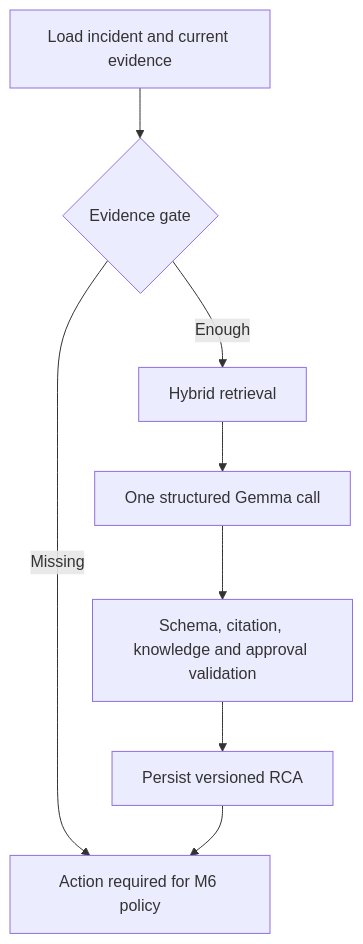
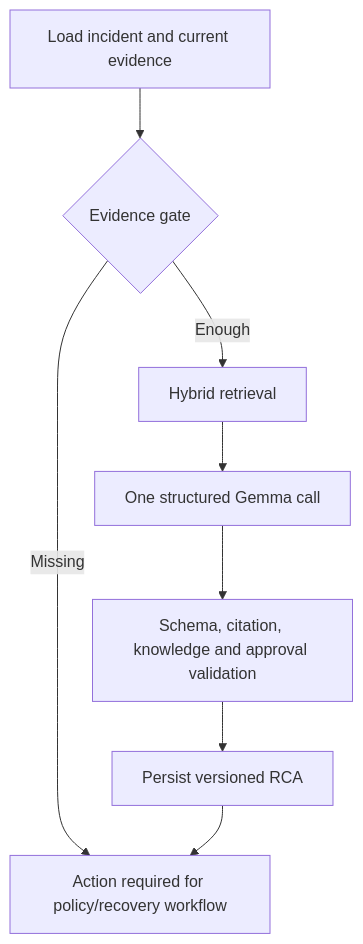
Before and after one commit to AndyAnh174/dataops-control-plane: the diagram in docs/06-ai-agent-rag-policy.md, drawn with Mermaid. The commit also changed other lines of this file and 10 other files, not shown here.

Commit message:
docs: define self-hosted web platform flow

````diff
--- a/docs/06-ai-agent-rag-policy.md
+++ b/docs/06-ai-agent-rag-policy.md
@@ -21,10 +21,10 @@
 ```mermaid
 flowchart TD
     START[Load incident and current evidence] --> CHECK{Evidence gate}
     CHECK -- Missing --> HUMAN[Action required; no LLM call]
     CHECK -- Enough --> RETRIEVE[Hybrid retrieval]
     RETRIEVE --> RCA[One structured Gemma call]
     RCA --> VALIDATE[Schema, citation, knowledge and approval validation]
     VALIDATE --> STORE[Persist versioned RCA]
-    STORE --> HUMAN[Action required for M6 policy]
+    STORE --> HUMAN[Action required for policy/recovery workflow]
 ```
````
